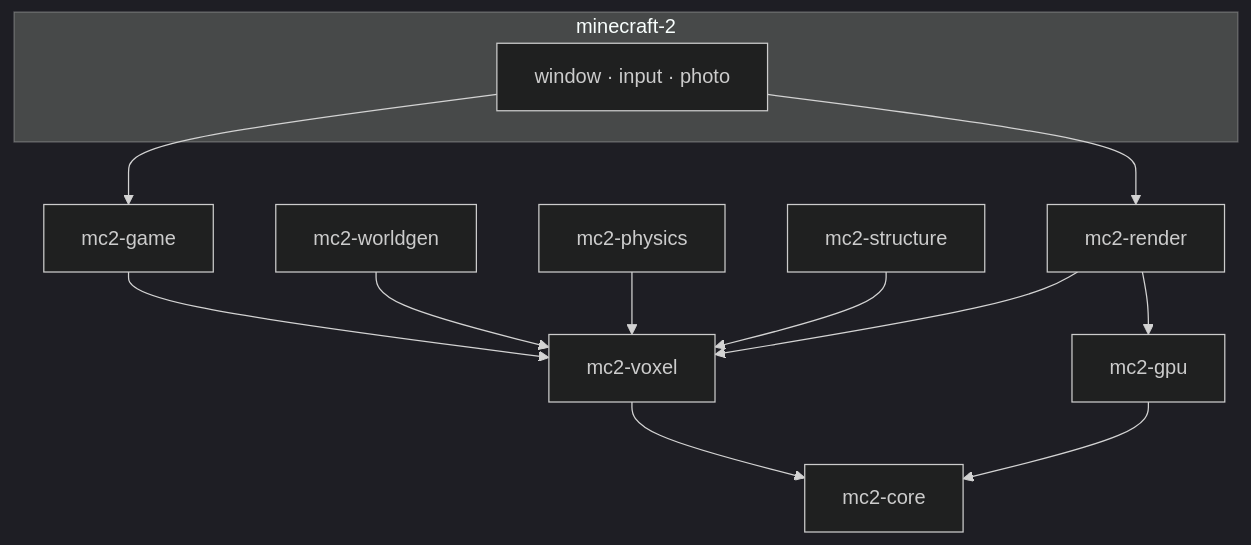
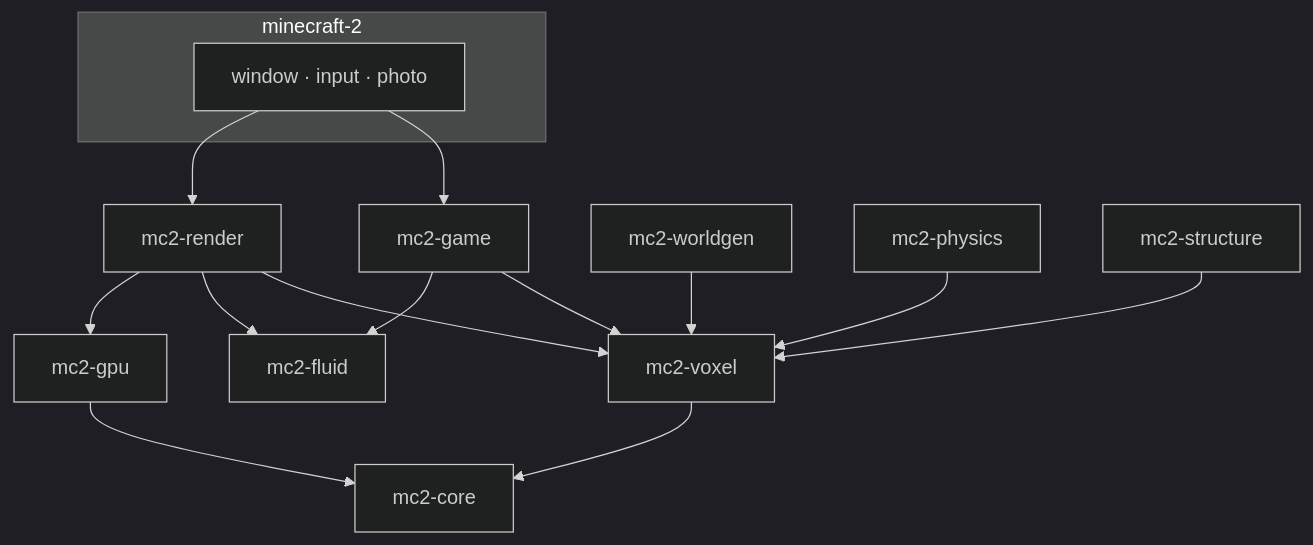
Before and after one commit to Anandb71/minecraft-2: the diagram in README.md, drawn with Mermaid (dark theme). The commit also changed other lines of this file and 5 other files, not shown here.

````diff
--- a/README.md
+++ b/README.md
@@ -137,16 +142,18 @@
 ```mermaid
 flowchart TB
   subgraph app ["minecraft-2"]
     window["window · input · photo"]
   end
   window --> game
   window --> render
   game["mc2-game"] --> voxel
   worldgen["mc2-worldgen"] --> voxel
   physics["mc2-physics"] --> voxel
   structure["mc2-structure"] --> voxel
   render["mc2-render"] --> voxel
+  render --> fluid["mc2-fluid"]
+  game --> fluid
   render --> gpu["mc2-gpu"]
   voxel["mc2-voxel"] --> core["mc2-core"]
   gpu --> core
 ```
````
